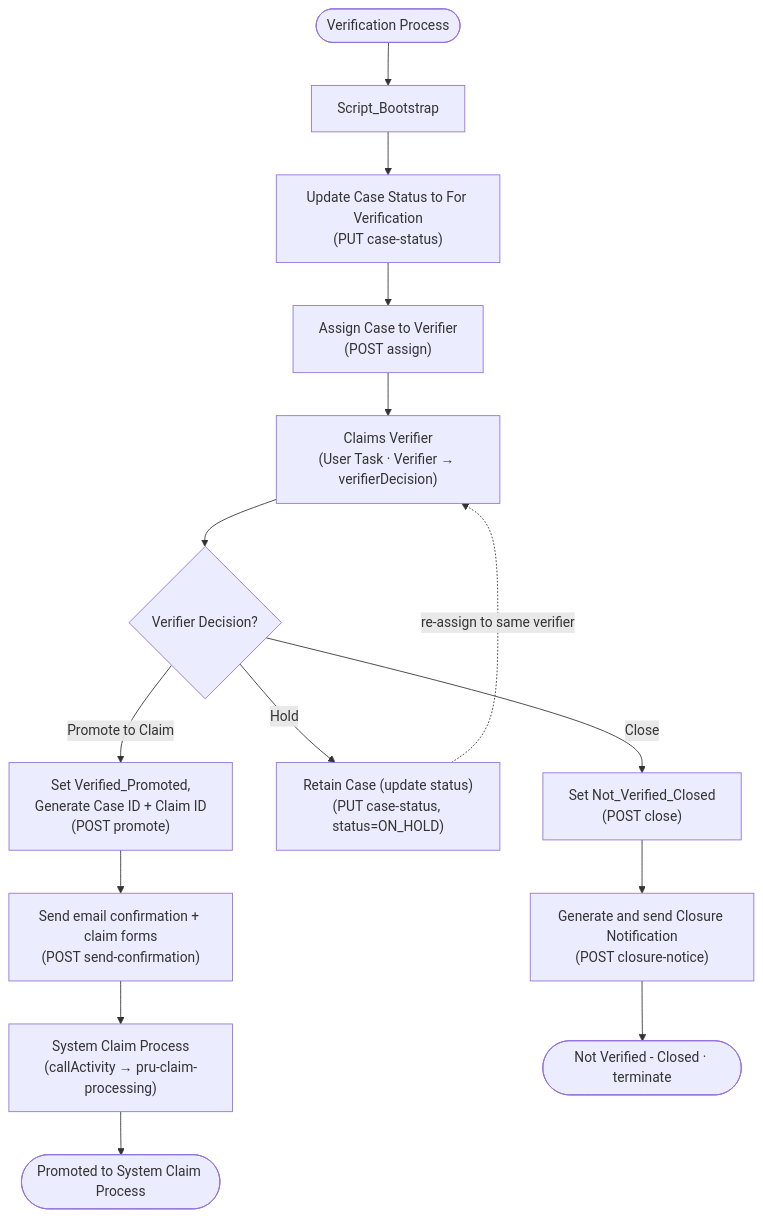
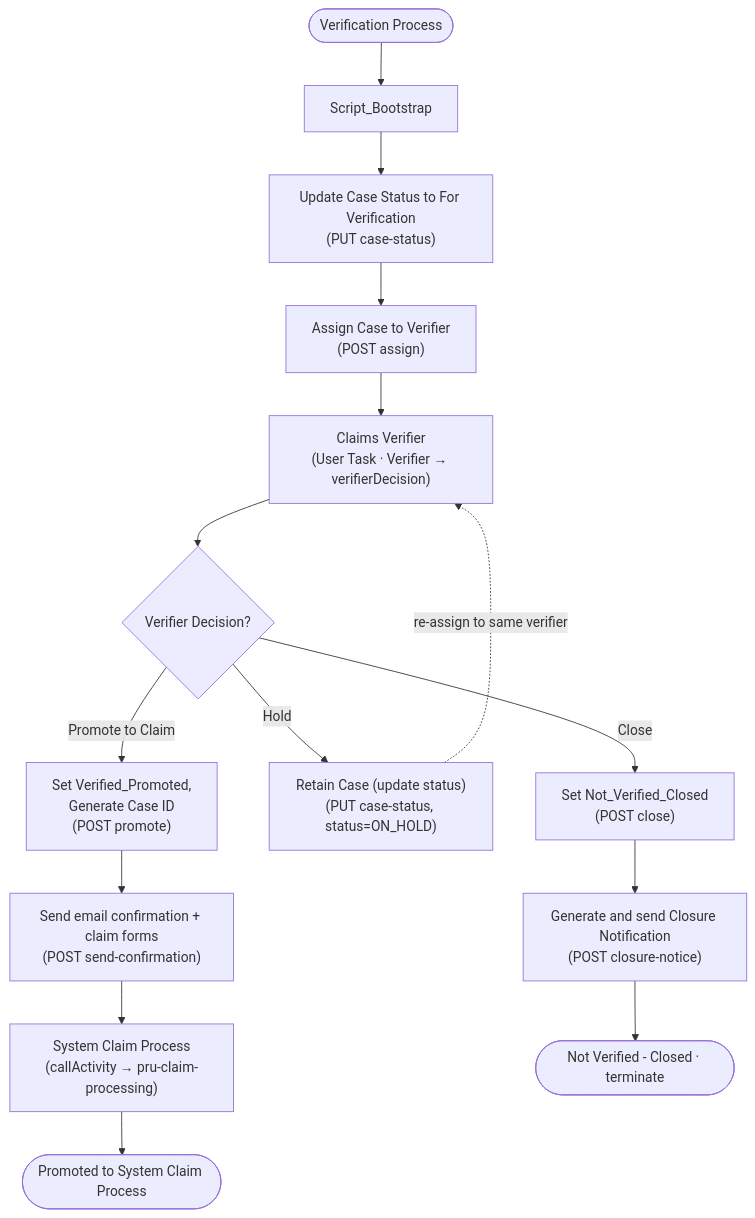
Before and after one commit to Avinashkumar8694/prudential-claims-bpm: the second of 2 diagrams in docs/pru_claim_verification_solution.md, drawn with Mermaid. The commit also changed other lines of this file and 5 other files, not shown here.

````diff
--- a/docs/pru_claim_verification_solution.md
+++ b/docs/pru_claim_verification_solution.md
@@ -95,20 +95,20 @@
 ```mermaid
 graph TD
     START([Verification Process]) --> BOOT[Script_Bootstrap]
     BOOT --> ST["Update Case Status to For Verification<br/>(PUT case-status)"]
     ST --> AS["Assign Case to Verifier<br/>(POST assign)"]
     AS --> DC["Claims Verifier<br/>(User Task · Verifier → verifierDecision)"]
     DC --> GW{Verifier Decision?}
 
-    GW -- "Promote to Claim" --> PR["Set Verified_Promoted,<br/>Generate Case ID + Claim ID<br/>(POST promote)"]
+    GW -- "Promote to Claim" --> PR["Set Verified_Promoted,<br/>Generate Case ID<br/>(POST promote)"]
     PR --> SC["Send email confirmation + claim forms<br/>(POST send-confirmation)"]
     SC --> SYS["System Claim Process<br/>(callActivity → pru-claim-processing)"]
     SYS --> EP([Promoted to System Claim Process])
 
     GW -- "Hold" --> HO["Retain Case (update status)<br/>(PUT case-status, status=ON_HOLD)"]
     HO -. "re-assign to same verifier" .-> DC
 
     GW -- "Close" --> CL["Set Not_Verified_Closed<br/>(POST close)"]
     CL --> CN["Generate and send Closure Notification<br/>(POST closure-notice)"]
     CN --> EC([Not Verified - Closed · terminate])
 ```
````
